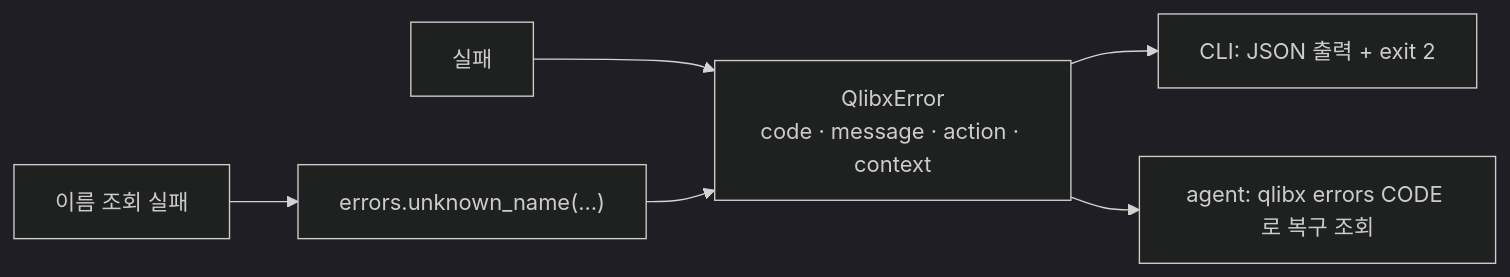
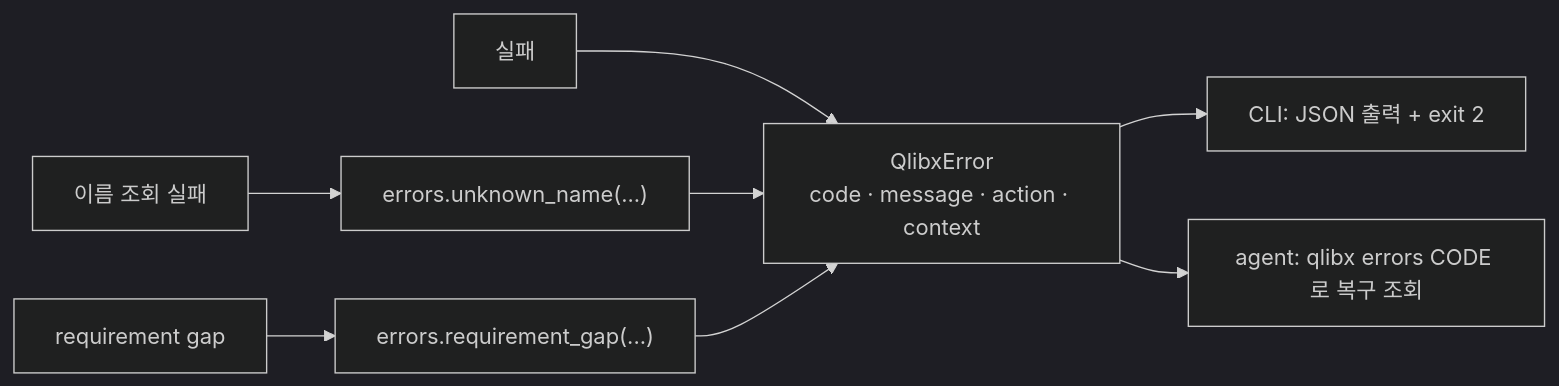
Diagram 11 of 13 in docs/qlibx-architecture.md (jaepil-choi/qlibx), drawn with Mermaid (dark theme) before and after one commit. The commit also changed other lines of this file and 23 other files, not shown here.

````diff
--- a/docs/qlibx-architecture.md
+++ b/docs/qlibx-architecture.md
@@ -622,8 +661,10 @@
 ```mermaid
 flowchart LR
     F["실패"] --> Q["QlibxError<br/>code · message · action · context"]
     Q --> CLI2["CLI: JSON 출력 + exit 2"]
     Q --> AG2["agent: qlibx errors CODE 로 복구 조회"]
     U["이름 조회 실패"] --> UN["errors.unknown_name(...)"]
     UN --> Q
+    G["requirement gap"] --> RG["errors.requirement_gap(...)"]
+    RG --> Q
 ```
````
